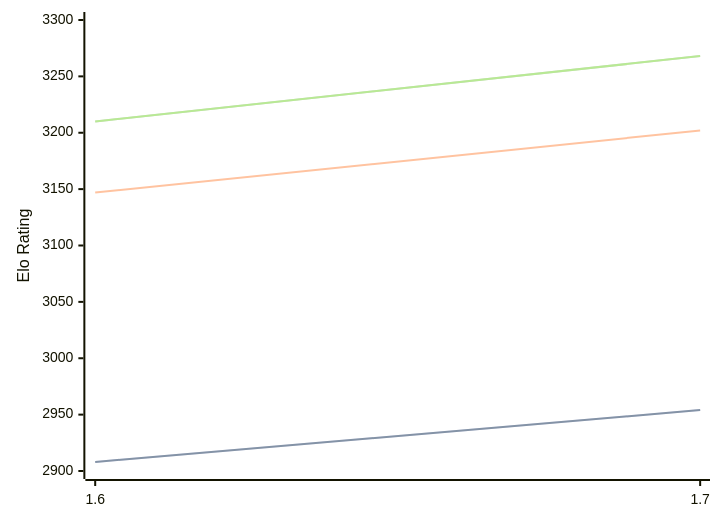
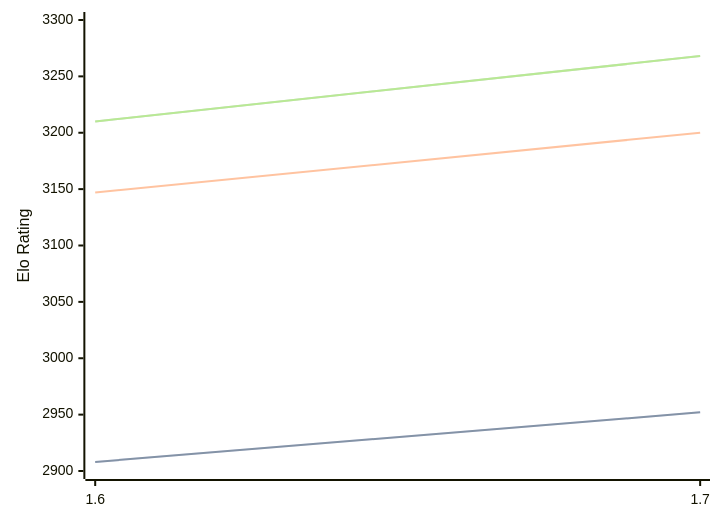
The diagram in engines/Bitbit.md (computer-chess-index/cci), drawn with Mermaid before and after one commit. The commit also changed other lines of this file, not shown here.

````diff
--- a/engines/Bitbit.md
+++ b/engines/Bitbit.md
@@ -32,11 +32,11 @@
 ```mermaid
 %%{init: {"theme":"base","themeVariables":{"seriesColors:['#a3a3a3','#222221','#faa371']}}}%%
 xychart-beta
   x-axis ["1.6", "1.7"]
   y-axis "Elo Rating" 2900 --> 3300
-  line "" [2908, 2954]
-  line "STC (8.0+0.08s)" [2908, 2954]
-  line "LTC (60.0+0.60s)" [3147, 3202]
+  line "" [2908, 2952]
+  line "STC (8.0+0.08s)" [2908, 2952]
+  line "LTC (60.0+0.60s)" [3147, 3200]
   line "" [3210, 3268]
   line "VLTC (2m24s+1.12s)" [3210, 3268]
 ```
````
